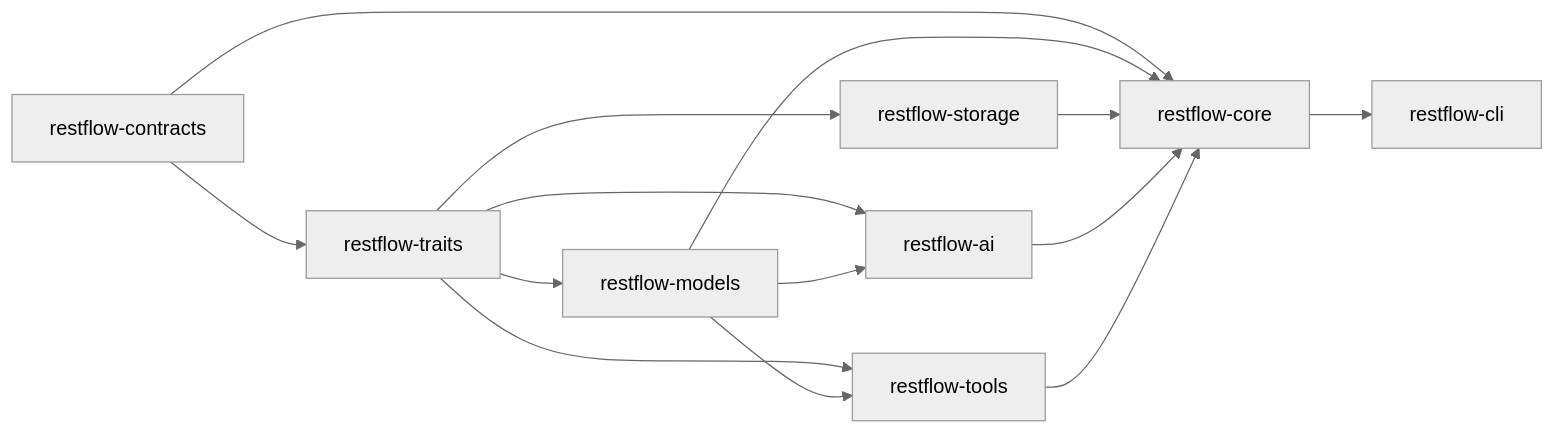
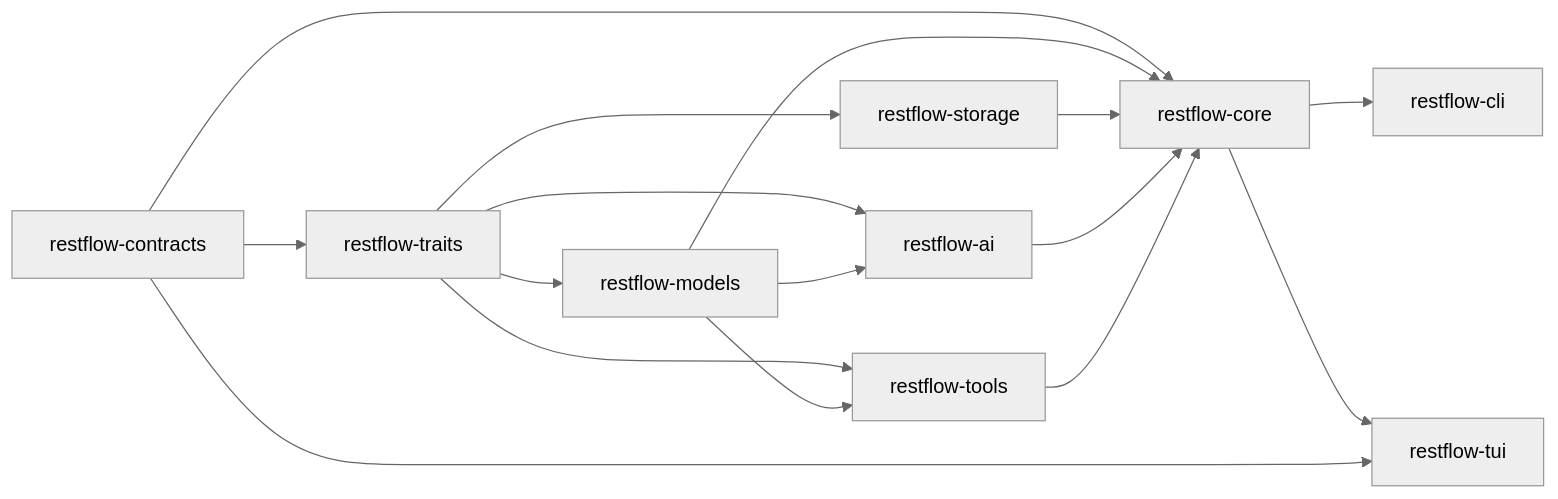
The second of 3 diagrams in SYSTEM_ARCHITECTURE.md (lhwzds/restflow), drawn with Mermaid (neutral theme) before and after one commit. The commit also changed other lines of this file and 26 other files, not shown here.

````diff
--- a/SYSTEM_ARCHITECTURE.md
+++ b/SYSTEM_ARCHITECTURE.md
@@ -54,18 +54,20 @@
 ```mermaid
 flowchart LR
     Contracts["restflow-contracts"] --> Traits["restflow-traits"]
     Traits --> Models["restflow-models"]
     Traits --> Storage["restflow-storage"]
     Traits --> Ai["restflow-ai"]
     Traits --> Tools["restflow-tools"]
 
     Models --> Ai
     Models --> Tools
     Contracts --> Core["restflow-core"]
     Models --> Core
     Storage --> Core
     Ai --> Core
     Tools --> Core
 
     Core --> Cli["restflow-cli"]
+    Core --> Tui["restflow-tui"]
+    Contracts --> Tui
 ```
````
